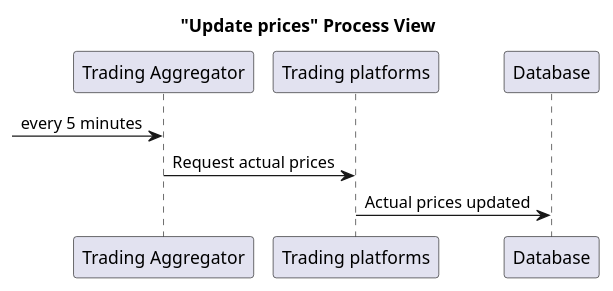
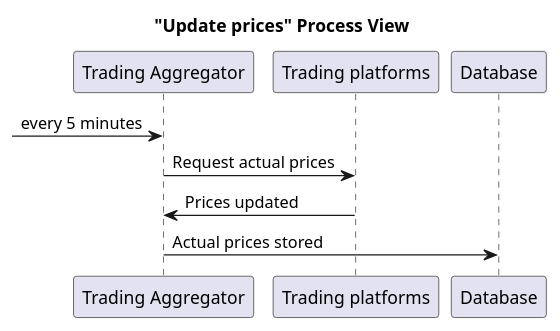
Diagram 17 of 18 in src/sa/model/index.md (USI-MSDE-SA-2022/software-architecture-model-tmshts), drawn with PlantUML before and after one commit. The commit also changed other lines of this file, not shown here.

````diff
--- a/src/sa/model/index.md
+++ b/src/sa/model/index.md
@@ -793,14 +786,15 @@
 ```puml
 @startuml
 title "Update prices" Process View
 
 participant "Trading Aggregator" as TA
 participant "Trading platforms" as TP
 participant "Database" as DB
 
 -> TA: every 5 minutes
 TA -> TP: Request actual prices
-TP -> DB: Actual prices updated
+TP -> TA: Prices updated
+TA -> DB: Actual prices stored
 
 @enduml
 ```
````
